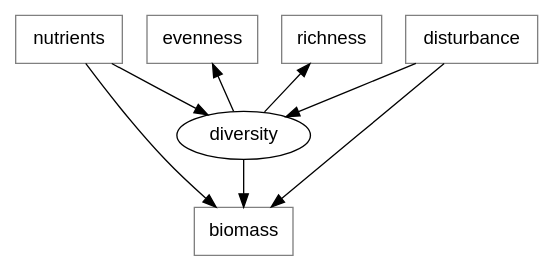
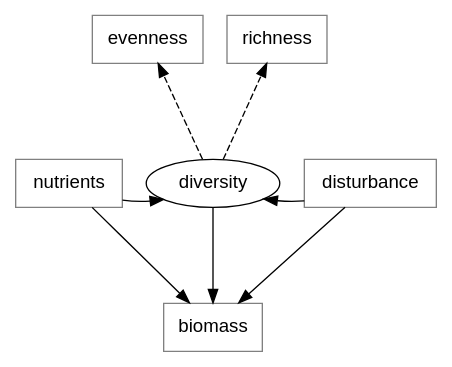
Diagram 14 of 18 in 5_Slides/Intro_to_SEM_part2.qmd (pennekampster/Swiss_SEM), drawn with Graphviz before and after one commit. The commit also changed other lines of this file and 3 other files, not shown here.

````diff
--- a/5_Slides/Intro_to_SEM_part2.qmd
+++ b/5_Slides/Intro_to_SEM_part2.qmd
@@ -757,34 +787,40 @@
 ```{dot}
 //| fig-width: 6
 digraph  {
 
    # a 'graph' statement
-  graph [overlap = false, fontsize = 10, rankdir = TB, ranksep=.5]
+  graph [overlap = false, fontsize = 10, rankdir = TB, ranksep=1]
 
     node [shape=oval, fontname = Helvetica]
     diversity
 
   # several 'node' statements
   node [shape = box,
         fontname = Helvetica, color="gray"]
   
         evenness, richness;
         nutrients;
         disturbance;
+        biomass;
 
     disturbance->diversity;
     nutrients->diversity;
     disturbance -> biomass;
     nutrients->biomass;
     diversity->biomass ;
 
-    diversity -> evenness;
-    diversity -> richness;
-
- { rank="min"; nutrients; disturbance}
+    diversity -> evenness [style="dashed"];
+    diversity -> richness [style="dashed"];
 
  { rank="min"; evenness; richness}
 
+ { rank="same"; nutrients; diversity; disturbance}
+
+ { rank="max"; biomass}
  
+ # Add invisible edges to force left-to-right ordering
+ nutrients -> diversity [style=invis];
+ diversity -> disturbance [style=invis];
+
 }
 ```
````
